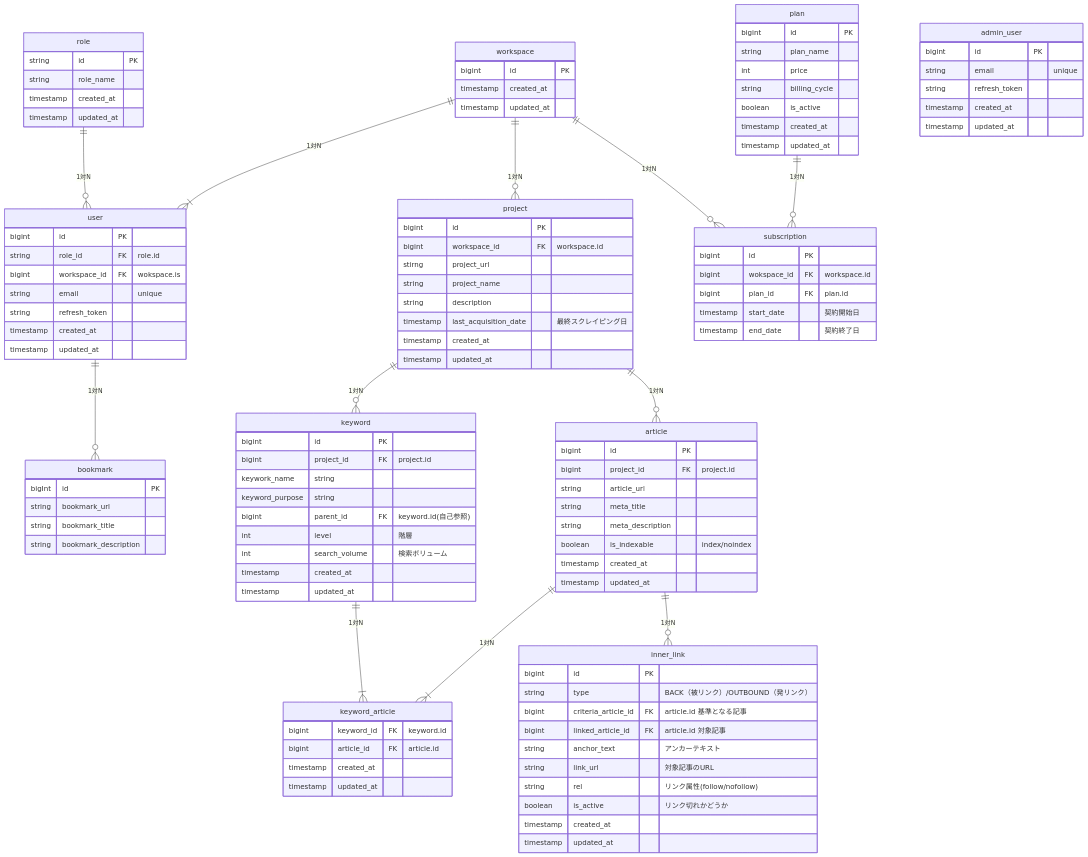
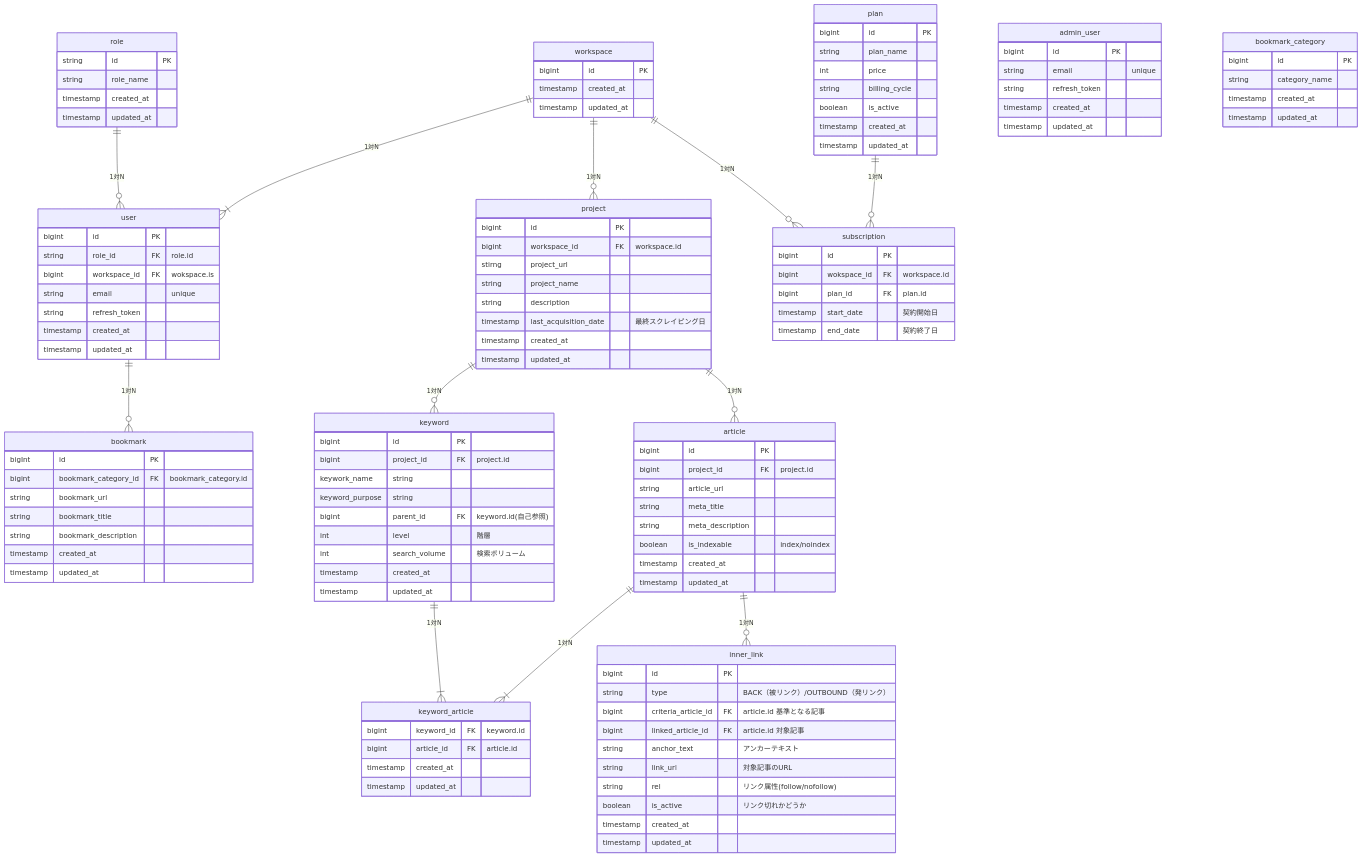
One commit to lynx-service/lynx-core changed the diagram in docs/db/design.md. Above: the diagram before and after it, drawn with Mermaid.

```diff
--- a/docs/db/design.md
+++ b/docs/db/design.md
@@ -67,12 +67,23 @@
     timestamp updated_at
   }
 
+  %% ブックマークカテゴリ
+  bookmark_category {
+    bigint id PK
+    string category_name
+    timestamp created_at
+    timestamp updated_at
+  }
+
   %% ブックマーク情報
   bookmark {
     bigInt id PK
+    bigint bookmark_category_id FK "bookmark_category.id"
     string bookmark_url
     string bookmark_title
     string bookmark_description
+    timestamp created_at
+    timestamp updated_at
   }
 
   %% プロジェクト情報
```
